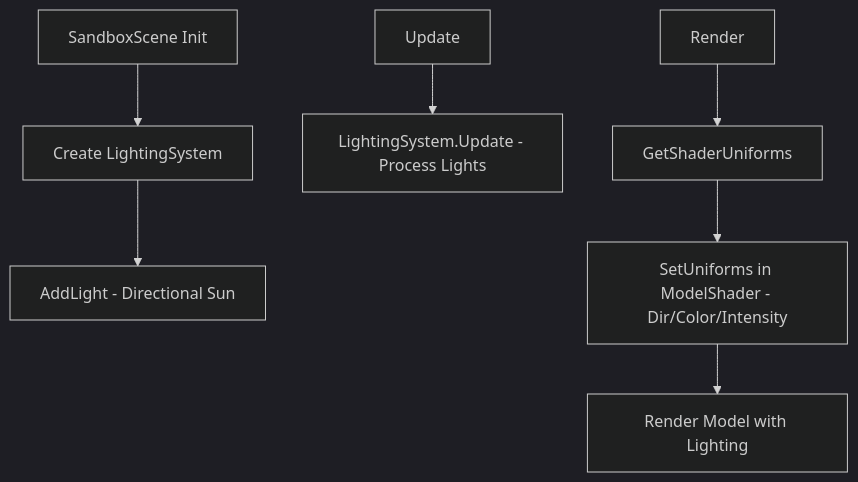
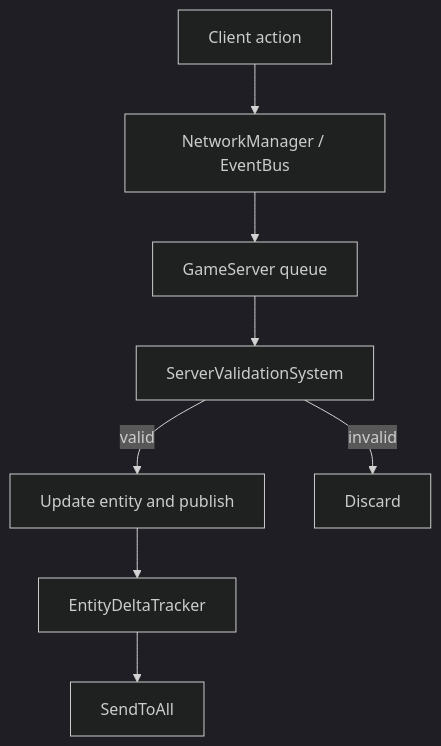
One commit to ireakhavok/Castle changed the sixth of 8 diagrams in README.md. Above: the diagram before and after it, drawn with Mermaid. The commit also changed other lines of this file and 6 other files, not shown here.

````diff
--- a/README.md
+++ b/README.md
@@ -653,10 +282,11 @@
 ```mermaid
 %%{init: {'theme':'dark'}}%%
 flowchart TD
-    A[SandboxScene Init] --> B[Create LightingSystem]
-    B --> C[AddLight - Directional Sun]
-    D[Update] --> E[LightingSystem.Update - Process Lights]
-    F[Render] --> G[GetShaderUniforms]
-    G --> H[SetUniforms in ModelShader - Dir/Color/Intensity]
-    H --> I[Render Model with Lighting]
+  A[Client action] --> B[NetworkManager / EventBus]
+  B --> C[GameServer queue]
+  C --> D[ServerValidationSystem]
+  D -->|valid| E[Update entity and publish]
+  D -->|invalid| F[Discard]
+  E --> G[EntityDeltaTracker]
+  G --> H[SendToAll]
 ```
````
